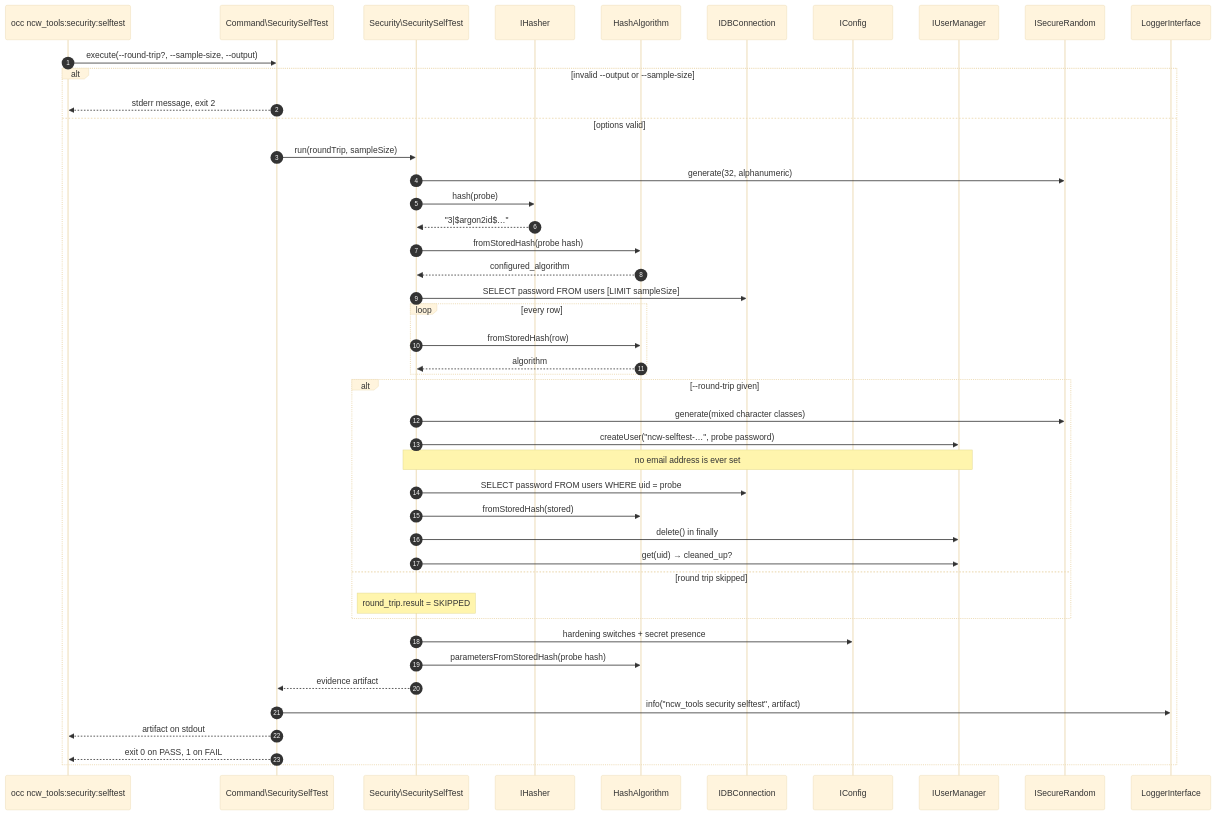
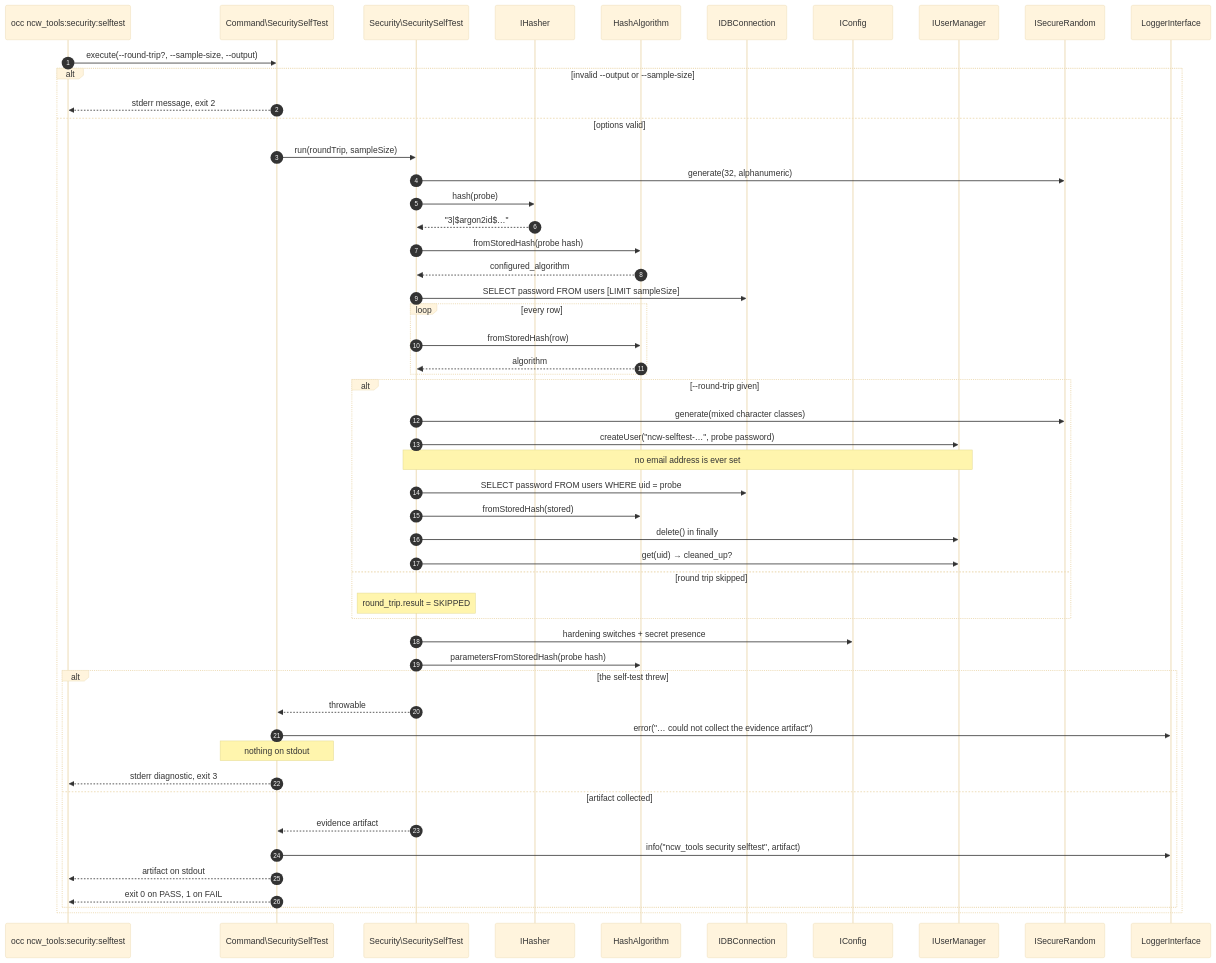
The diagram in docs/security-selftest.md (IONOS-Productivity/ncw-tools), drawn with Mermaid (base theme) before and after one commit. The commit also changed other lines of this file and 3 other files, not shown here.

````diff
--- a/docs/security-selftest.md
+++ b/docs/security-selftest.md
@@ -143,55 +146,63 @@
 ```mermaid
 sequenceDiagram
     autonumber
 
     participant OCC as occ ncw_tools:security:selftest
     participant CMD as Command\SecuritySelfTest
     participant SVC as Security\SecuritySelfTest
     participant H as IHasher
     participant HA as HashAlgorithm
     participant DB as IDBConnection
     participant CFG as IConfig
     participant UM as IUserManager
     participant RND as ISecureRandom
     participant LOG as LoggerInterface
 
     OCC->>CMD: execute(--round-trip?, --sample-size, --output)
 
     alt invalid --output or --sample-size
         CMD-->>OCC: stderr message, exit 2
     else options valid
         CMD->>SVC: run(roundTrip, sampleSize)
 
         SVC->>RND: generate(32, alphanumeric)
         SVC->>H: hash(probe)
         H-->>SVC: "3|$argon2id$…"
         SVC->>HA: fromStoredHash(probe hash)
         HA-->>SVC: configured_algorithm
 
         SVC->>DB: SELECT password FROM users [LIMIT sampleSize]
         loop every row
             SVC->>HA: fromStoredHash(row)
             HA-->>SVC: algorithm
         end
 
         alt --round-trip given
             SVC->>RND: generate(mixed character classes)
             SVC->>UM: createUser("ncw-selftest-…", probe password)
             Note over SVC,UM: no email address is ever set
             SVC->>DB: SELECT password FROM users WHERE uid = probe
             SVC->>HA: fromStoredHash(stored)
             SVC->>UM: delete() in finally
             SVC->>UM: get(uid) → cleaned_up?
         else round trip skipped
             Note over SVC: round_trip.result = SKIPPED
         end
 
         SVC->>CFG: hardening switches + secret presence
         SVC->>HA: parametersFromStoredHash(probe hash)
-        SVC-->>CMD: evidence artifact
 
-        CMD->>LOG: info("ncw_tools security selftest", artifact)
-        CMD-->>OCC: artifact on stdout
-        CMD-->>OCC: exit 0 on PASS, 1 on FAIL
+        alt the self-test threw
+            SVC-->>CMD: throwable
+            CMD->>LOG: error("… could not collect the evidence artifact")
+            Note over CMD: nothing on stdout
+            CMD-->>OCC: stderr diagnostic, exit 3
+        else artifact collected
+            SVC-->>CMD: evidence artifact
+
+            CMD->>LOG: info("ncw_tools security selftest", artifact)
+            CMD-->>OCC: artifact on stdout
+            CMD-->>OCC: exit 0 on PASS, 1 on FAIL
+        end
     end
 ```
````
